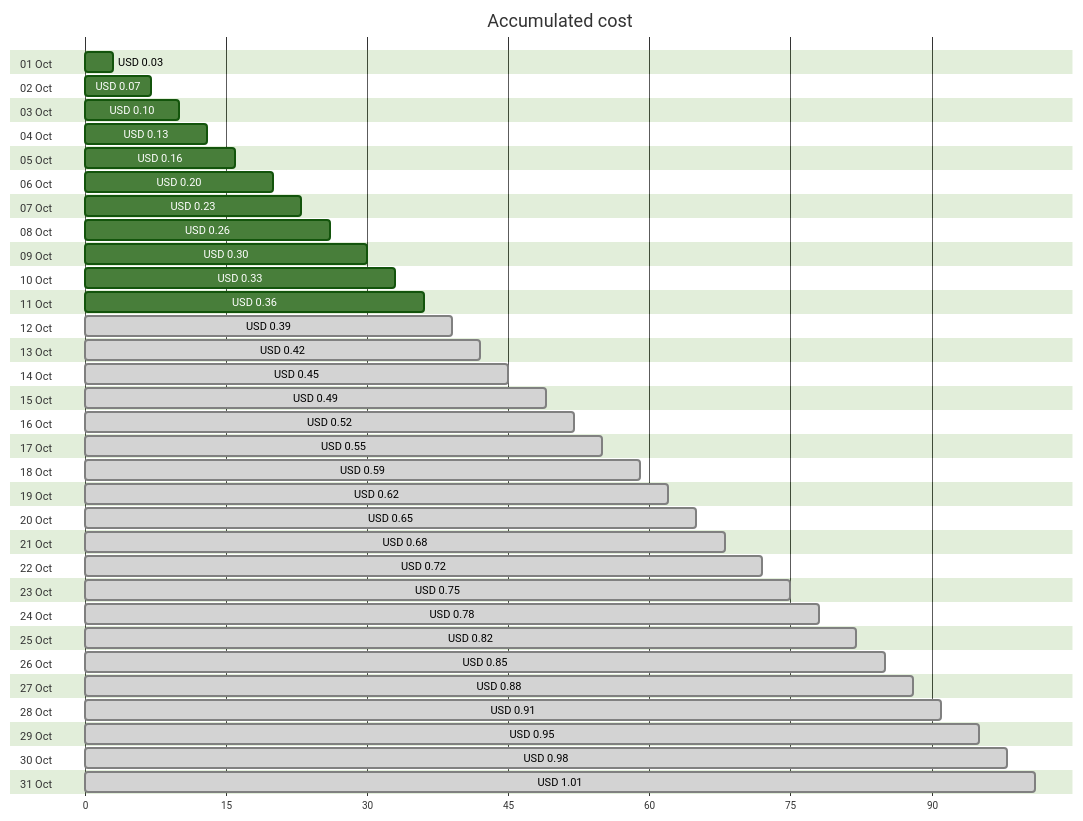
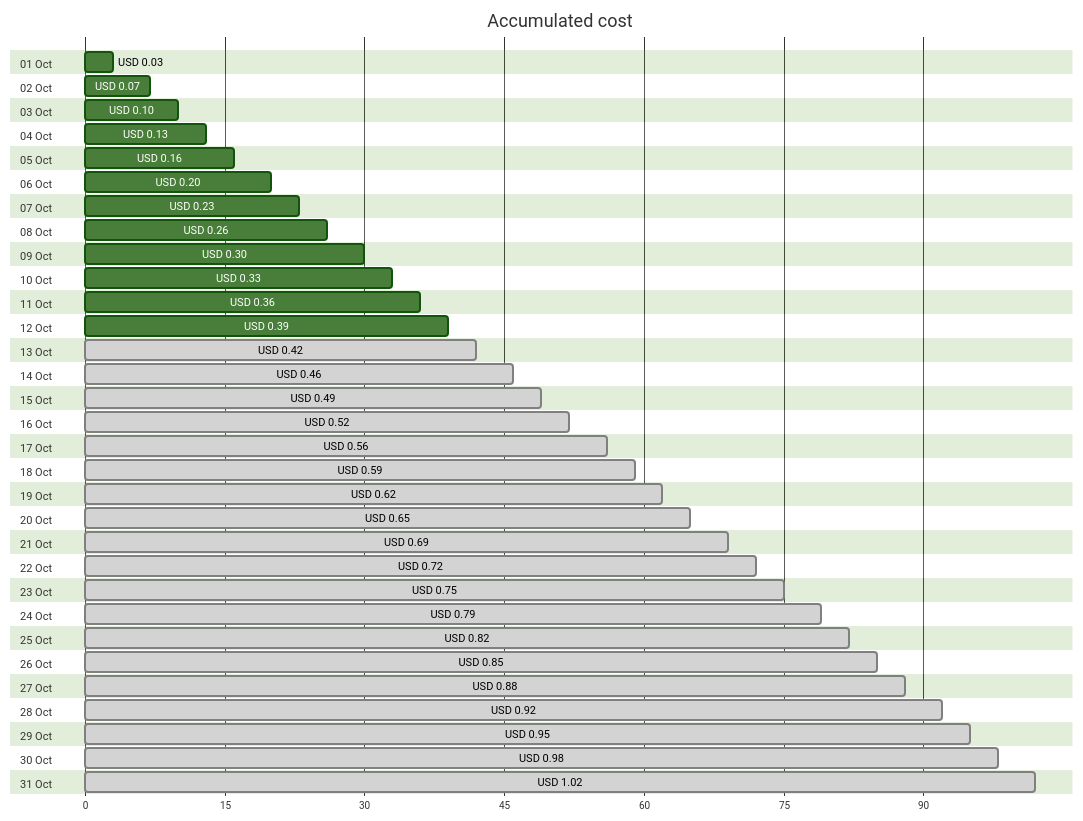
Before and after one commit to jpfulton/azure-personal-reports: the first of 4 diagrams in cost-reports/personal-dns/README.md, drawn with Mermaid (forest theme). The commit also changed other lines of this file and 2 other files, not shown here.

````diff
--- a/cost-reports/personal-dns/README.md
+++ b/cost-reports/personal-dns/README.md
@@ -20,68 +20,68 @@
 ```mermaid
 gantt
    title Accumulated cost
    dateFormat  X
    axisFormat %s
    section 01 Oct
    USD 0.03 :0, 3
    section 02 Oct
    USD 0.07 :0, 7
    section 03 Oct
    USD 0.10 :0, 10
    section 04 Oct
    USD 0.13 :0, 13
    section 05 Oct
    USD 0.16 :0, 16
    section 06 Oct
    USD 0.20 :0, 20
    section 07 Oct
    USD 0.23 :0, 23
    section 08 Oct
    USD 0.26 :0, 26
    section 09 Oct
    USD 0.30 :0, 30
    section 10 Oct
    USD 0.33 :0, 33
    section 11 Oct
    USD 0.36 :0, 36
    section 12 Oct
-   USD 0.39 : done, 0, 39
+   USD 0.39 :0, 39
    section 13 Oct
    USD 0.42 : done, 0, 42
    section 14 Oct
-   USD 0.45 : done, 0, 45
+   USD 0.46 : done, 0, 46
    section 15 Oct
    USD 0.49 : done, 0, 49
    section 16 Oct
    USD 0.52 : done, 0, 52
    section 17 Oct
-   USD 0.55 : done, 0, 55
+   USD 0.56 : done, 0, 56
    section 18 Oct
    USD 0.59 : done, 0, 59
    section 19 Oct
    USD 0.62 : done, 0, 62
    section 20 Oct
    USD 0.65 : done, 0, 65
    section 21 Oct
-   USD 0.68 : done, 0, 68
+   USD 0.69 : done, 0, 69
    section 22 Oct
    USD 0.72 : done, 0, 72
    section 23 Oct
    USD 0.75 : done, 0, 75
    section 24 Oct
-   USD 0.78 : done, 0, 78
+   USD 0.79 : done, 0, 79
    section 25 Oct
    USD 0.82 : done, 0, 82
    section 26 Oct
    USD 0.85 : done, 0, 85
    section 27 Oct
    USD 0.88 : done, 0, 88
    section 28 Oct
-   USD 0.91 : done, 0, 91
+   USD 0.92 : done, 0, 92
    section 29 Oct
    USD 0.95 : done, 0, 95
    section 30 Oct
    USD 0.98 : done, 0, 98
    section 31 Oct
-   USD 1.01 : done, 0, 101
+   USD 1.02 : done, 0, 102
 ```
````
